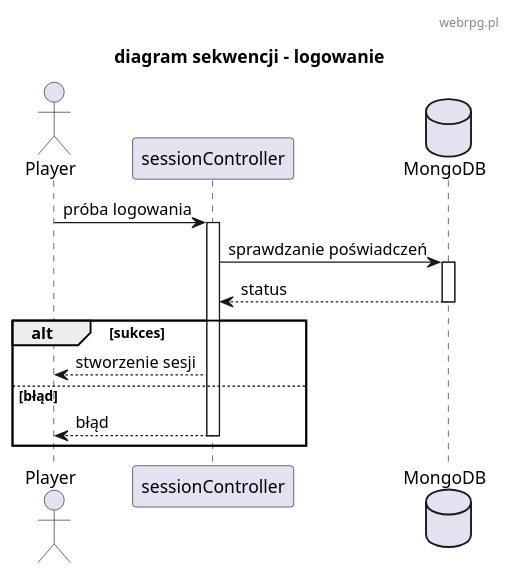
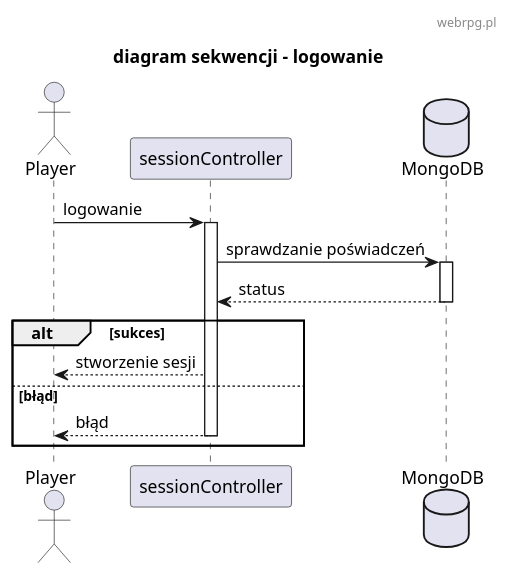
The diagram in diagrams/diagram_sekwencji.plantuml (TheVivent-Politechnika-Lodzka/io_webrpg), drawn with PlantUML before and after one commit. The commit also changed 1 other file, not shown here.

```diff
--- a/diagrams/diagram_sekwencji.plantuml
+++ b/diagrams/diagram_sekwencji.plantuml
@@ -1,31 +1,31 @@
 @startuml
 skinparam defaultFontName "Comic Sans MS"
 header webrpg.pl
 title "diagram sekwencji - logowanie"
 
 actor Player
 participant "sessionController" as SessionController 
 database MongoDB as db
 
 
-Player -> SessionController : próba logowania
+Player -> SessionController : logowanie
 
 activate SessionController
 SessionController -> db : sprawdzanie poświadczeń
 activate db
 
 db --> SessionController : status
 deactivate db
 
 alt sukces
     SessionController --> Player : stworzenie sesji
 
 else błąd
     SessionController --> Player : błąd
     deactivate SessionController
     end
 
 
 
 
 @enduml
```
